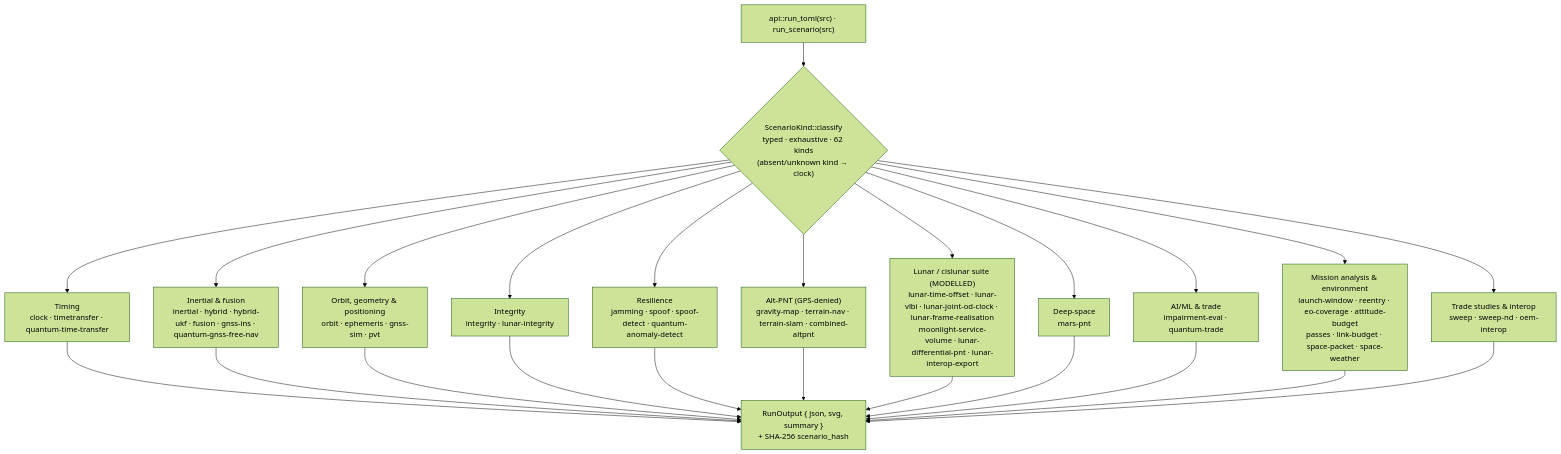
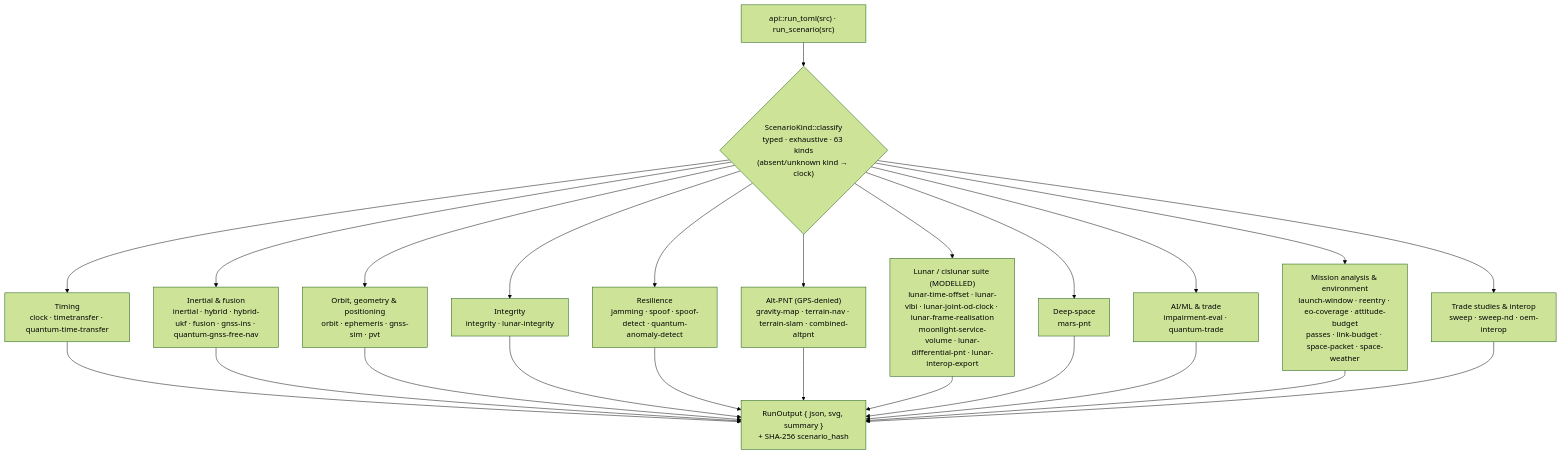
Before and after one commit to ashfordeOU/kshana: the seventh of 11 diagrams in docs/ARCHITECTURE.md, drawn with Mermaid (forest theme). The commit also changed other lines of this file and 50 other files, not shown here.

````diff
--- a/docs/ARCHITECTURE.md
+++ b/docs/ARCHITECTURE.md
@@ -406,16 +406,16 @@
 ```mermaid
 flowchart TD
-    F["api::run_toml(src) · run_scenario(src)"] --> K{"ScenarioKind::classify<br/>typed · exhaustive · 62 kinds<br/>(absent/unknown kind → clock)"}
+    F["api::run_toml(src) · run_scenario(src)"] --> K{"ScenarioKind::classify<br/>typed · exhaustive · 63 kinds<br/>(absent/unknown kind → clock)"}
     K --> G1["Timing<br/>clock · timetransfer · quantum-time-transfer"]
     K --> G2["Inertial & fusion<br/>inertial · hybrid · hybrid-ukf · fusion · gnss-ins · quantum-gnss-free-nav"]
     K --> G3["Orbit, geometry & positioning<br/>orbit · ephemeris · gnss-sim · pvt"]
     K --> G4["Integrity<br/>integrity · lunar-integrity"]
     K --> G5["Resilience<br/>jamming · spoof · spoof-detect · quantum-anomaly-detect"]
     K --> G6["Alt-PNT (GPS-denied)<br/>gravity-map · terrain-nav · terrain-slam · combined-altpnt"]
     K --> G7["Lunar / cislunar suite (MODELLED)<br/>lunar-time-offset · lunar-vlbi · lunar-joint-od-clock · lunar-frame-realisation<br/>moonlight-service-volume · lunar-differential-pnt · lunar-interop-export"]
     K --> G8["Deep-space<br/>mars-pnt"]
     K --> G9["AI/ML & trade<br/>impairment-eval · quantum-trade"]
     K --> G10["Mission analysis & environment<br/>launch-window · reentry · eo-coverage · attitude-budget<br/>passes · link-budget · space-packet · space-weather"]
     K --> G11["Trade studies & interop<br/>sweep · sweep-nd · oem-interop"]
     G1 & G2 & G3 & G4 & G5 & G6 & G7 & G8 & G9 & G10 & G11 --> W["RunOutput { json, svg, summary }<br/>+ SHA-256 scenario_hash"]
 ```
````
